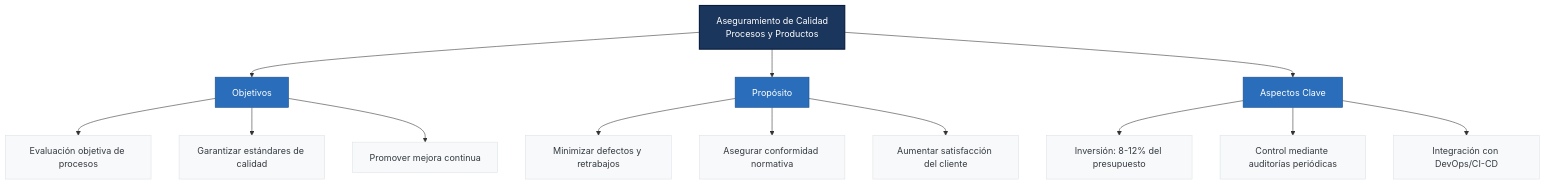
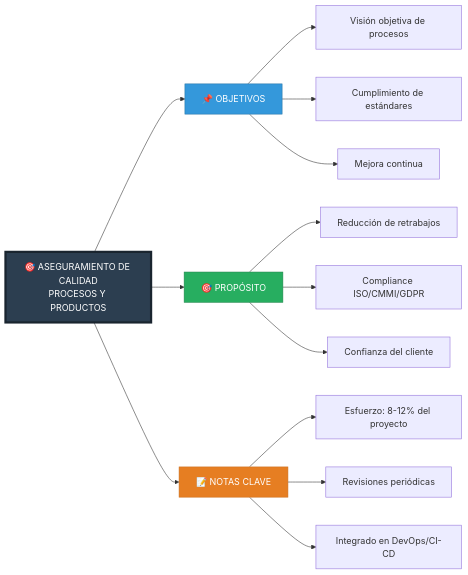
Before and after one commit to titoruizh/Topico_Ing_Software: the first of 4 diagrams in README.md, drawn with Mermaid.

Commit message:
Update quality assurance diagrams in README.md

````diff
--- a/README.md
+++ b/README.md
@@ -6,27 +6,25 @@
 ```mermaid
-graph TD
-    A[Aseguramiento de Calidad<br>Procesos y Productos] --> B1[Objetivos]
-    A --> B2[Propósito]
-    A --> B3[Aspectos Clave]
+graph LR
+    A[🎯 ASEGURAMIENTO DE CALIDAD<br/>PROCESOS Y PRODUCTOS]
+    
+    A --> B1[📌 OBJETIVOS]
+    A --> B2[🎯 PROPÓSITO]
+    A --> B3[📝 NOTAS CLAVE]
 
-    B1 --> C1[Evaluación objetiva de procesos]
-    B1 --> C2[Garantizar estándares de calidad]
-    B1 --> C3[Promover mejora continua]
+    B1 --> C1[Visión objetiva de procesos]
+    B1 --> C2[Cumplimiento de estándares]
+    B1 --> C3[Mejora continua]
 
-    B2 --> C4[Minimizar defectos y retrabajos]
-    B2 --> C5[Asegurar conformidad normativa]
-    B2 --> C6[Aumentar satisfacción del cliente]
+    B2 --> C4[Reducción de retrabajos]
+    B2 --> C5[Compliance ISO/CMMI/GDPR]
+    B2 --> C6[Confianza del cliente]
 
-    B3 --> C7[Inversión: 8-12% del presupuesto]
-    B3 --> C8[Control mediante auditorías periódicas]
-    B3 --> C9[Integración con DevOps/CI-CD]
+    B3 --> C7[Esfuerzo: 8-12% del proyecto]
+    B3 --> C8[Revisiones periódicas]
+    B3 --> C9[Integrado en DevOps/CI-CD]
 
-    classDef principal fill:#1A365D,stroke:#0A1C3D,color:white,stroke-width:2px
-    classDef categoria fill:#2A6EBB,stroke:#1A4D8A,color:white,stroke-width:1px
-    classDef elemento fill:#F8F9FA,stroke:#DEE2E6,color:#343A40,stroke-width:1px
-
-    class A principal
-    class B1,B2,B3 categoria
-    class C1,C2,C3,C4,C5,C6,C7,C8,C9 elemento
-
+    style A fill:#2C3E50,stroke:#1A252F,stroke-width:4px,color:#FFF
+    style B1 fill:#3498DB,stroke:#2874A6,color:#FFF
+    style B2 fill:#27AE60,stroke:#1E8449,color:#FFF
+    style B3 fill:#E67E22,stroke:#CA6F1E,color:#FFF
 ```
````
